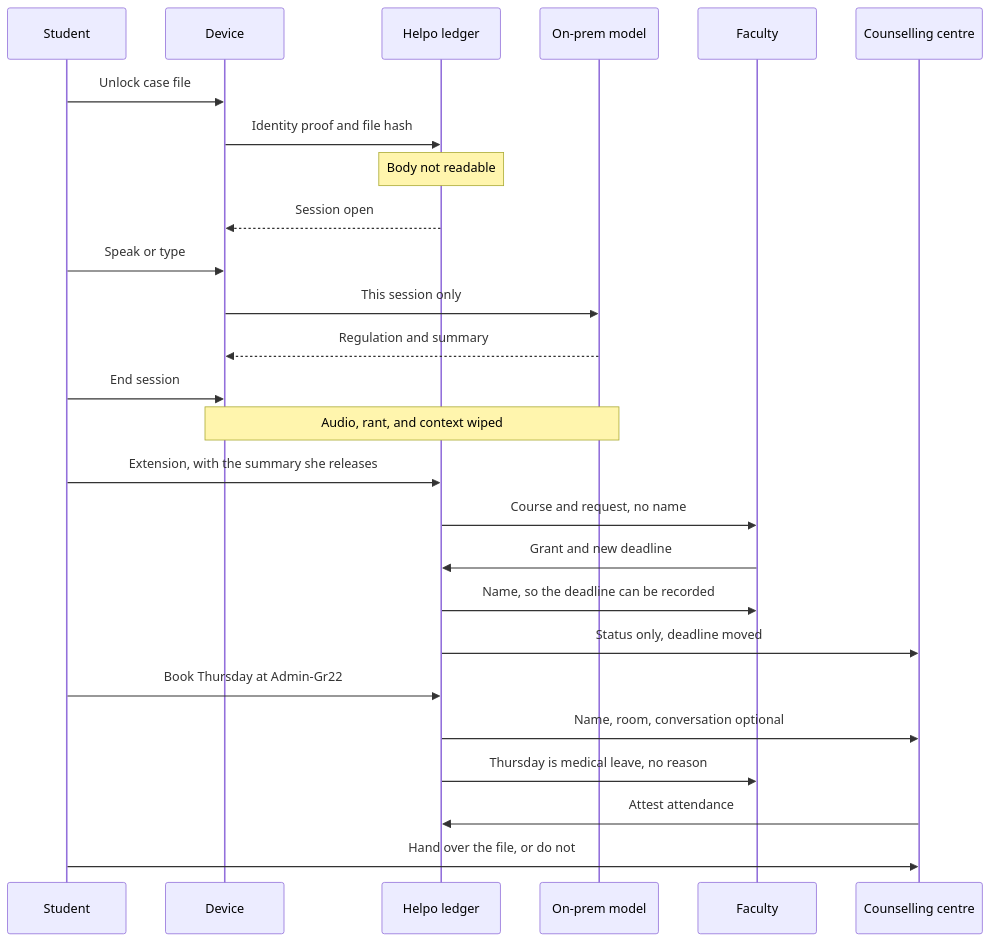
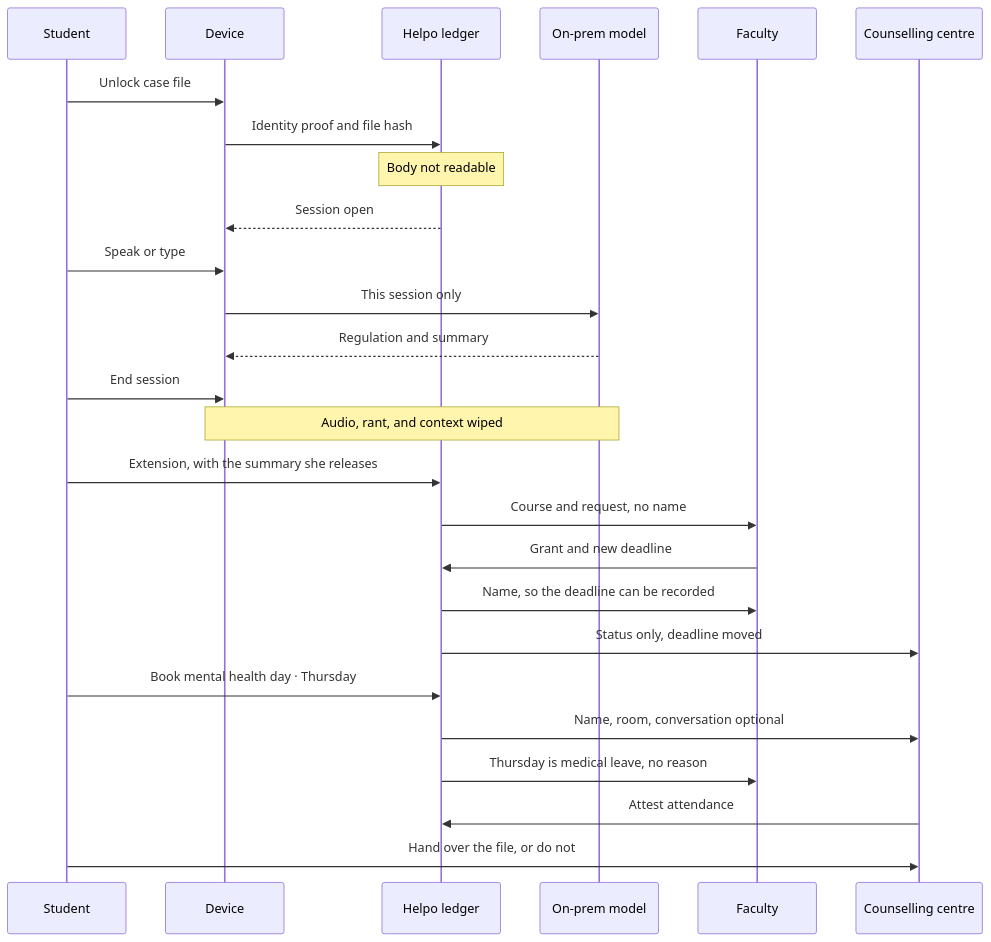
Before and after one commit to uma-iyer-24/helpo: the second of 2 diagrams in DESIGN.md, drawn with Mermaid. The commit also changed other lines of this file and 34 other files, not shown here.

First line of the commit message:
Polish Helpo demo for pitch: UI, flows, and seed data.

````diff
--- a/DESIGN.md
+++ b/DESIGN.md
@@ -165,29 +165,29 @@
 ```mermaid
 sequenceDiagram
   participant Student
   participant Device
   participant Ledger as Helpo ledger
   participant Model as On-prem model
   participant Faculty
   participant Centre as Counselling centre
 
   Student->>Device: Unlock case file
   Device->>Ledger: Identity proof and file hash
   Note over Ledger: Body not readable
   Ledger-->>Device: Session open
   Student->>Device: Speak or type
   Device->>Model: This session only
   Model-->>Device: Regulation and summary
   Student->>Device: End session
   Note over Device,Model: Audio, rant, and context wiped
   Student->>Ledger: Extension, with the summary she releases
   Ledger->>Faculty: Course and request, no name
   Faculty->>Ledger: Grant and new deadline
   Ledger->>Faculty: Name, so the deadline can be recorded
   Ledger->>Centre: Status only, deadline moved
-  Student->>Ledger: Book Thursday at Admin-Gr22
+  Student->>Ledger: Book mental health day · Thursday
   Ledger->>Centre: Name, room, conversation optional
   Ledger->>Faculty: Thursday is medical leave, no reason
   Centre->>Ledger: Attest attendance
   Student->>Centre: Hand over the file, or do not
 ```
````
